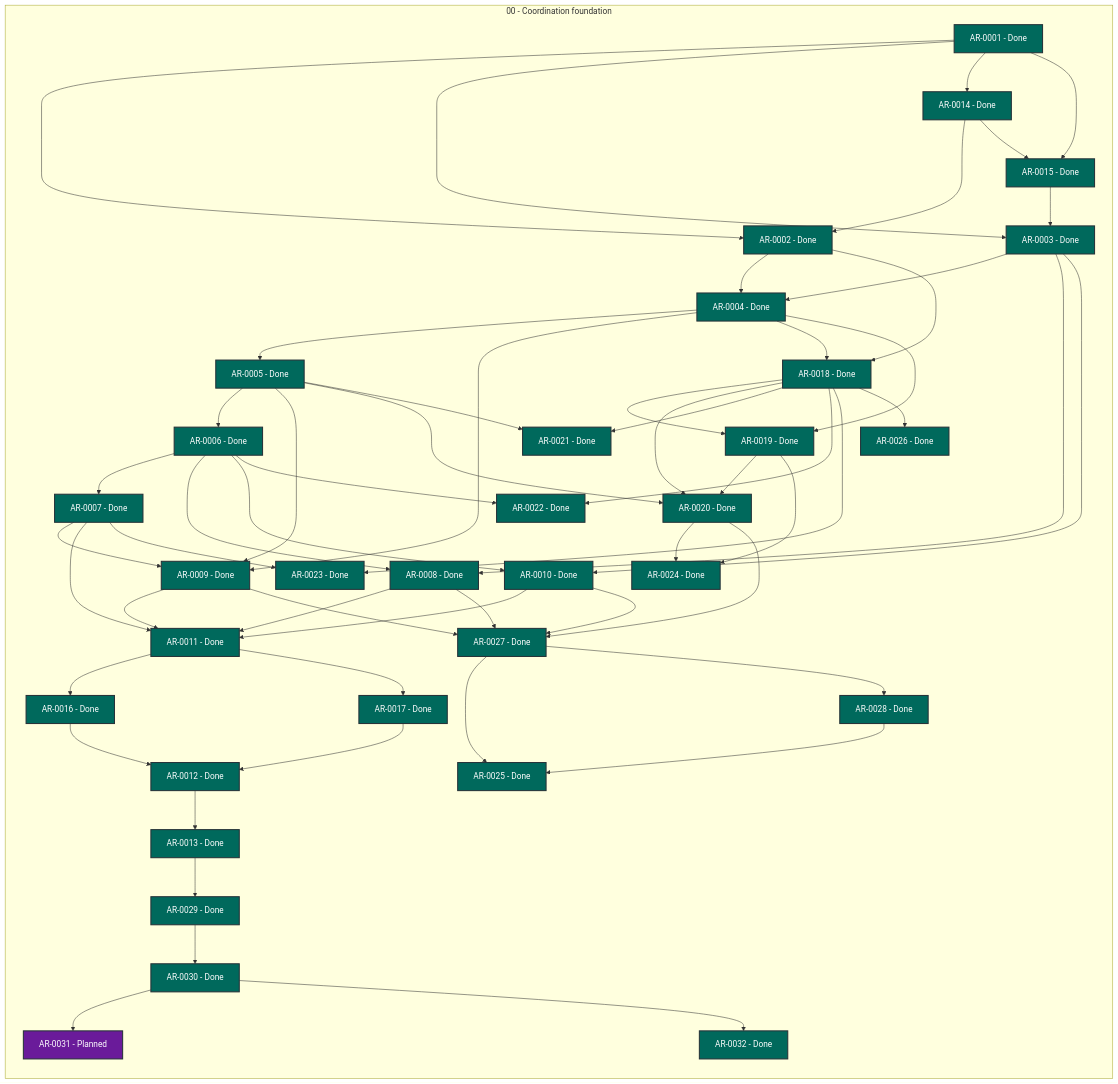
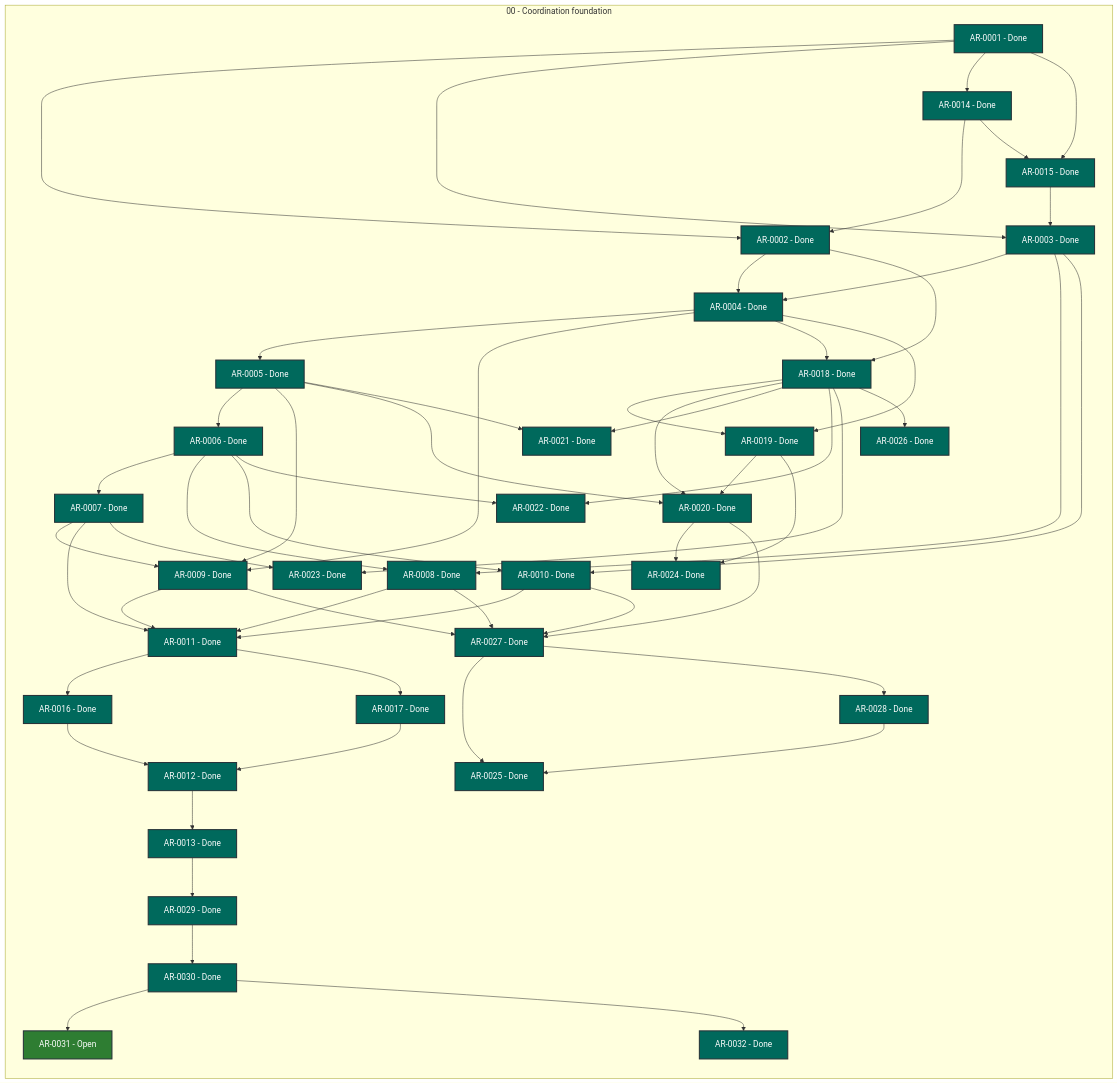
The diagram in STATUS.md (martin-beck/agent-workflow-tui-state), drawn with Mermaid before and after one commit. The commit also changed other lines of this file and 2 other files, not shown here.

```diff
--- a/STATUS.md
+++ b/STATUS.md
@@ -58,7 +58,7 @@
         AR_0028["AR-0028 - Done"]:::status_done
         AR_0029["AR-0029 - Done"]:::status_done
         AR_0030["AR-0030 - Done"]:::status_done
-        AR_0031["AR-0031 - Planned"]:::status_planned
+        AR_0031["AR-0031 - Open"]:::status_open
         AR_0032["AR-0032 - Done"]:::status_done
     end
     AR_0001 --> AR_0002
```
